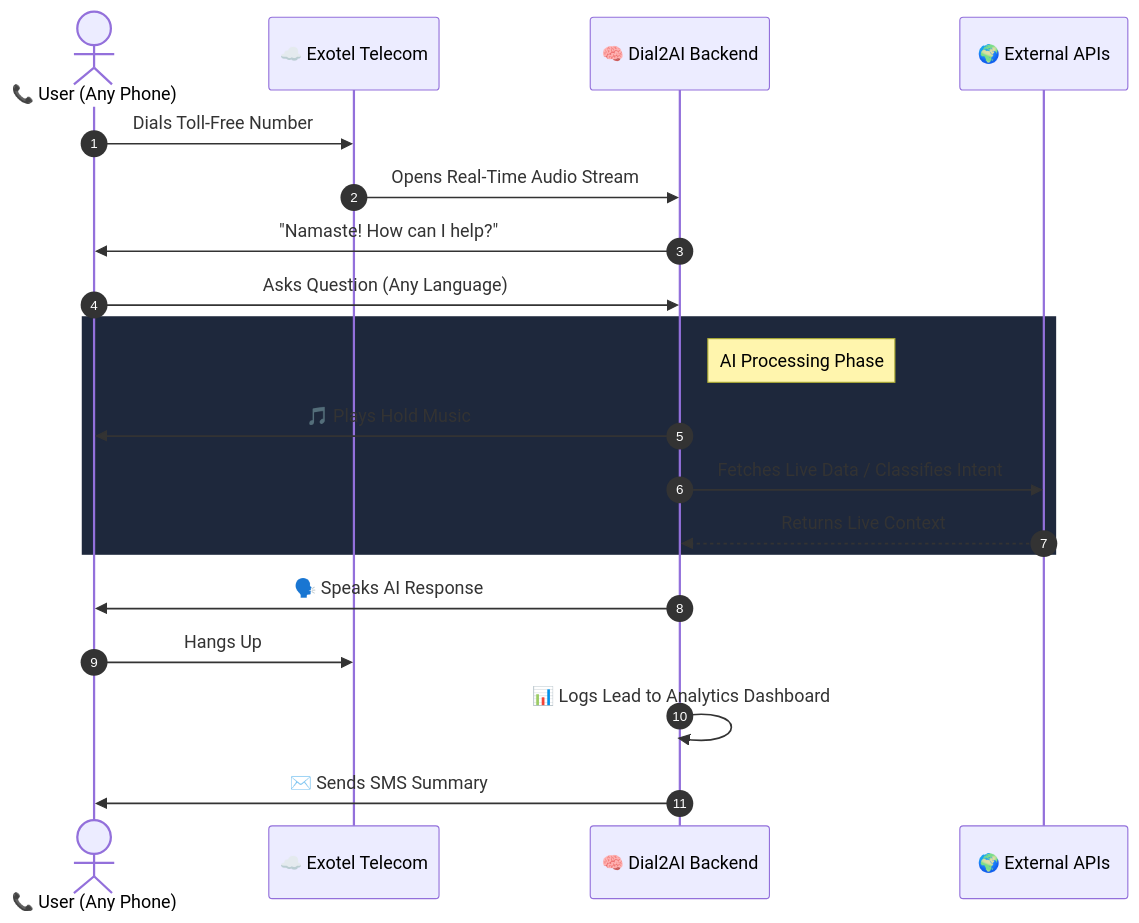
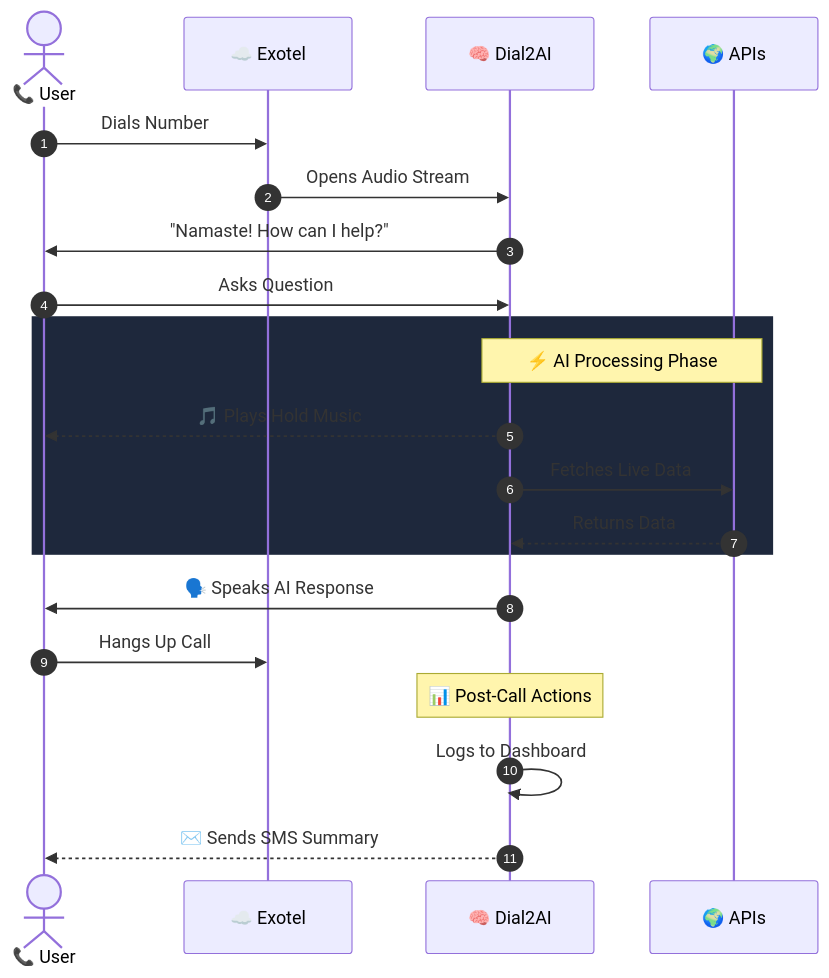
The first of 2 diagrams in Readme.md (sagarhundia2-ops/demo), drawn with Mermaid before and after one commit.

Commit message:
docs: 🎨 Redesigned sequence flowchart to prevent text overlap and improve readability

````diff
--- a/Readme.md
+++ b/Readme.md
@@ -84,26 +84,28 @@
 ```mermaid
 sequenceDiagram
     autonumber
-    actor Caller as 📞 User (Any Phone)
-    participant Cloud as ☁️ Exotel Telecom
-    participant AI as 🧠 Dial2AI Backend
-    participant APIs as 🌍 External APIs
+    actor User as 📞 User
+    participant Telecom as ☁️ Exotel
+    participant Backend as 🧠 Dial2AI
+    participant API as 🌍 APIs
 
-    Caller->>Cloud: Dials Toll-Free Number
-    Cloud->>AI: Opens Real-Time Audio Stream
-    AI->>Caller: "Namaste! How can I help?"
+    User->>Telecom: Dials Number
+    Telecom->>Backend: Opens Audio Stream
+    Backend->>User: "Namaste! How can I help?"
     
-    Caller->>AI: Asks Question (Any Language)
+    User->>Backend: Asks Question
     
     rect rgb(30, 40, 60)
-    Note right of AI: AI Processing Phase
-    AI->>Caller: 🎵 Plays Hold Music
-    AI->>APIs: Fetches Live Data / Classifies Intent
-    APIs-->>AI: Returns Live Context
+    Note over Backend,API: ⚡ AI Processing Phase
+    Backend-->>User: 🎵 Plays Hold Music
+    Backend->>API: Fetches Live Data
+    API-->>Backend: Returns Data
     end
 
-    AI->>Caller: 🗣️ Speaks AI Response
-    Caller->>Cloud: Hangs Up
-    AI->>AI: 📊 Logs Lead to Analytics Dashboard
-    AI->>Caller: ✉️ Sends SMS Summary
+    Backend->>User: 🗣️ Speaks AI Response
+    User->>Telecom: Hangs Up Call
+    
+    Note over Backend: 📊 Post-Call Actions
+    Backend->>Backend: Logs to Dashboard
+    Backend-->>User: ✉️ Sends SMS Summary
 ```
````
